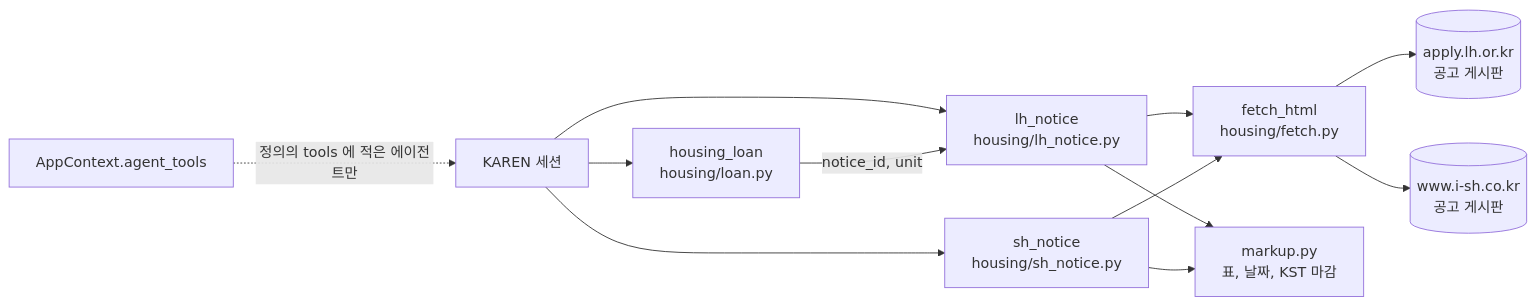
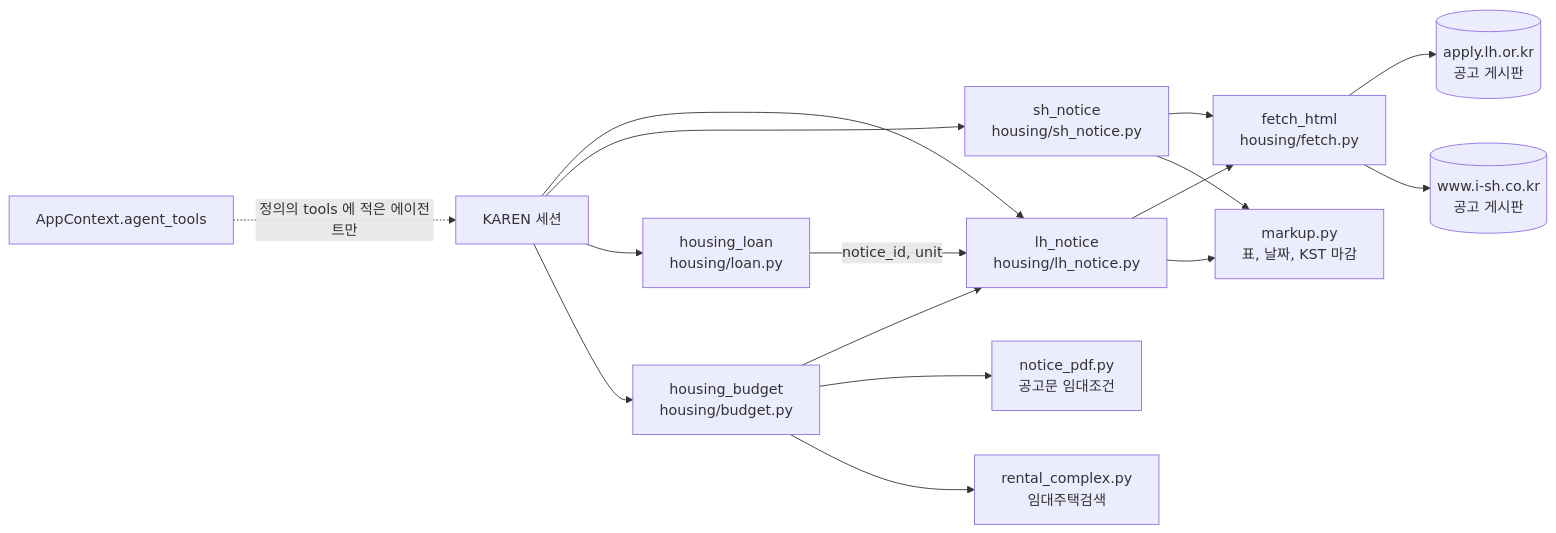
One commit to ash-hun/jarvis-agent changed diagram 12 of 13 in website/docs/services.md. Above: the diagram before and after it, drawn with Mermaid. The commit also changed other lines of this file and 41 other files, not shown here.

First line of the commit message:
Feat: 예산으로 공고를 고르는 housing_budget 과 에이전트별 작업 패턴 기억 (#95)

````diff
--- a/website/docs/services.md
+++ b/website/docs/services.md
@@ -258,14 +258,18 @@
 ```mermaid
 flowchart LR
   K[KAREN 세션] --> LH[lh_notice<br/>housing/lh_notice.py]
   K --> SH[sh_notice<br/>housing/sh_notice.py]
   K --> LOAN[housing_loan<br/>housing/loan.py]
+  K --> BUD[housing_budget<br/>housing/budget.py]
+  BUD --> LH
+  BUD --> PDF[notice_pdf.py<br/>공고문 임대조건]
+  BUD --> CPX[rental_complex.py<br/>임대주택검색]
   LOAN -->|notice_id, unit| LH
   LH --> FETCH[fetch_html<br/>housing/fetch.py]
   SH --> FETCH
   FETCH --> LHS[(apply.lh.or.kr<br/>공고 게시판)]
   FETCH --> SHS[(www.i-sh.co.kr<br/>공고 게시판)]
   LH --> MK[markup.py<br/>표, 날짜, KST 마감]
   SH --> MK
   CTX[AppContext.agent_tools] -. 정의의 tools 에 적은 에이전트만 .-> K
 ```
````
